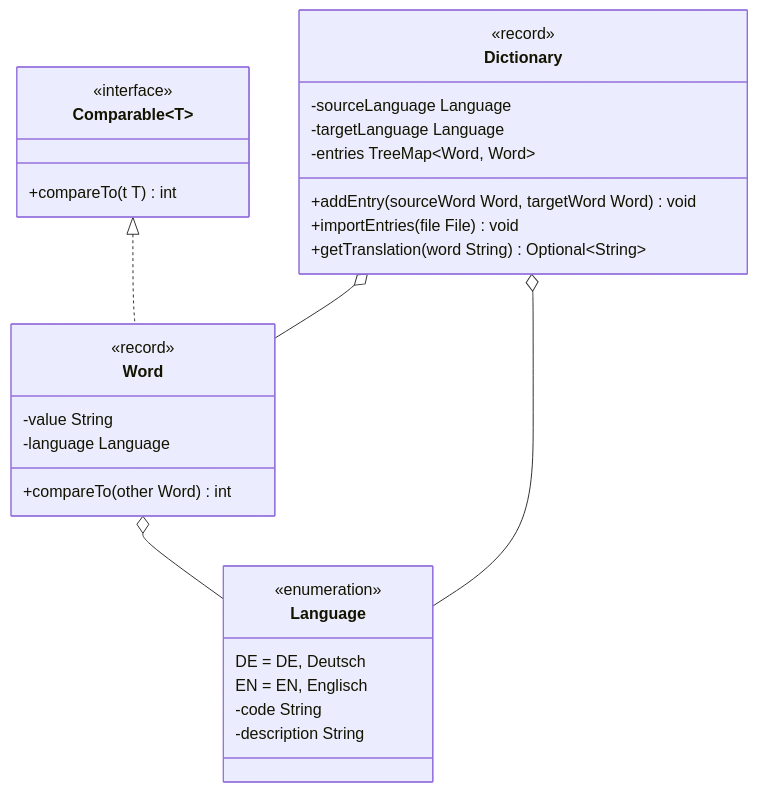
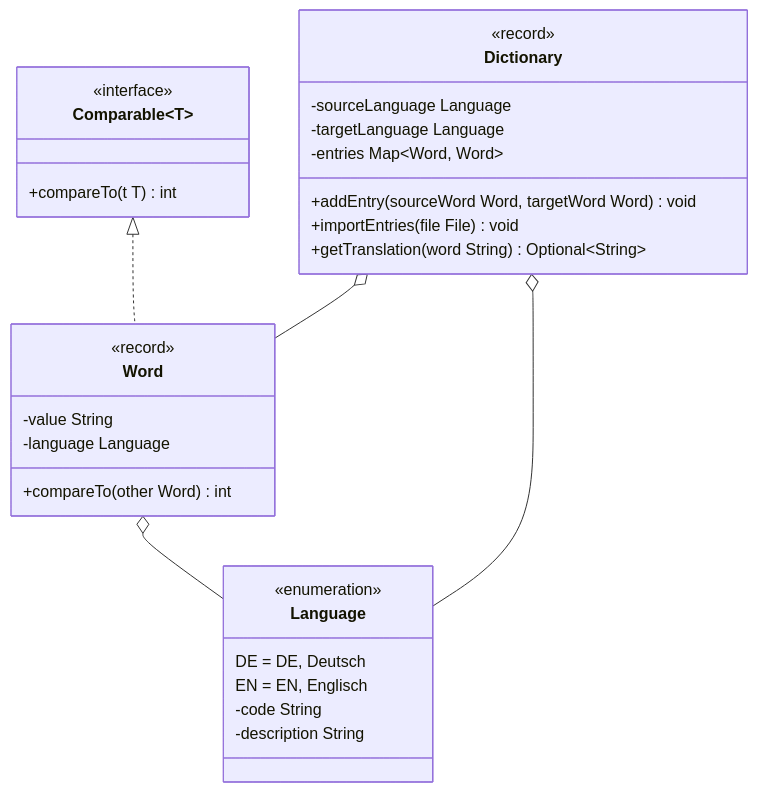
The diagram in docs/exam-exercises/exam-exercises-java2/dictionary.md (jappuccini/java-docs), drawn with Mermaid before and after one commit.

````diff
--- a/docs/exam-exercises/exam-exercises-java2/dictionary.md
+++ b/docs/exam-exercises/exam-exercises-java2/dictionary.md
@@ -12,37 +12,37 @@
 ```mermaid
 classDiagram
     Comparable~T~ <|.. Word
     Word o-- Language
     Dictionary o-- Word
     Dictionary o-- Language
 
     class Word {
         <<record>>
         -value String
         -language Language
         +compareTo(other Word) int
     }
 
     class Comparable~T~ {
         <<interface>>
         +compareTo(t T) int
     }
 
     class Language {
         <<enumeration>>
         DE = DE, Deutsch
         EN = EN, Englisch
         -code String
         -description String
     }
 
     class Dictionary {
         <<record>>
         -sourceLanguage Language
         -targetLanguage Language
-        -entries TreeMap~Word&#44&#160Word~
+        -entries Map~Word&#44&#160Word~
         +addEntry(sourceWord Word, targetWord Word) void
         +importEntries(file File) void
         +getTranslation(word String) Optional~String~
     }
 ```
````
